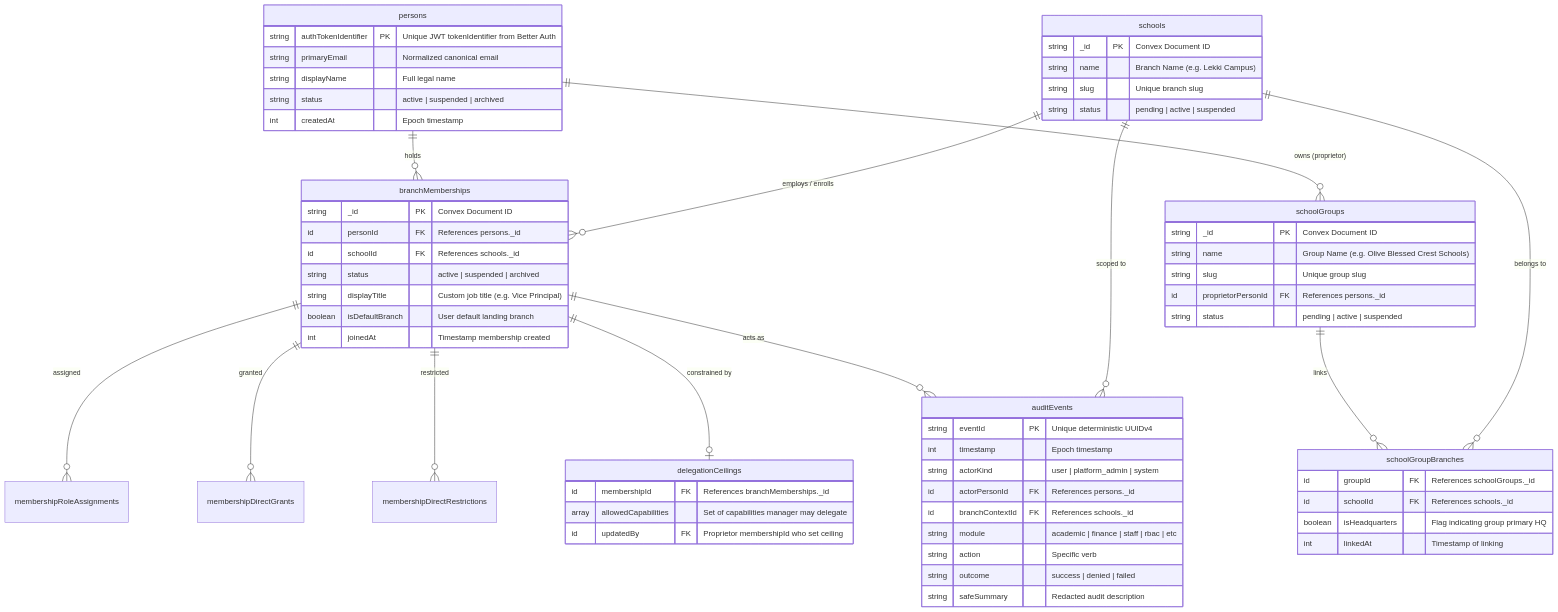
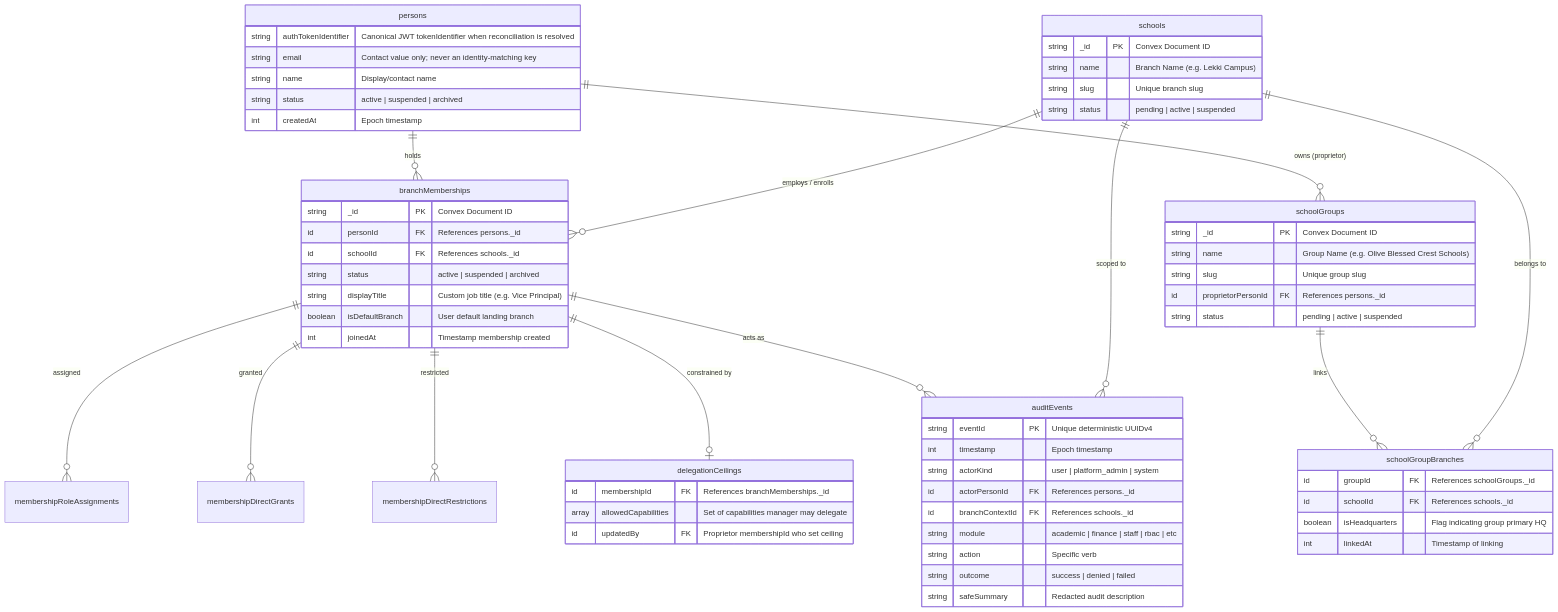
One commit to JStaRFilms/Melo_School_Management_System changed the first of 6 diagrams in docs/features/D02_IdentityGroupRBACAndAuditArchitecture.md. Above: the diagram before and after it, drawn with Mermaid. The commit also changed other lines of this file and 53 other files, not shown here.

````diff
--- a/docs/features/D02_IdentityGroupRBACAndAuditArchitecture.md
+++ b/docs/features/D02_IdentityGroupRBACAndAuditArchitecture.md
@@ -55,74 +55,74 @@
 ```mermaid
 erDiagram
     persons ||--o{ branchMemberships : "holds"
     persons ||--o{ schoolGroups : "owns (proprietor)"
     schoolGroups ||--o{ schoolGroupBranches : "links"
     schools ||--o{ schoolGroupBranches : "belongs to"
     schools ||--o{ branchMemberships : "employs / enrolls"
     
     branchMemberships ||--o{ membershipRoleAssignments : "assigned"
     branchMemberships ||--o{ membershipDirectGrants : "granted"
     branchMemberships ||--o{ membershipDirectRestrictions : "restricted"
     branchMemberships ||--o| delegationCeilings : "constrained by"
     
     branchMemberships ||--o{ auditEvents : "acts as"
     schools ||--o{ auditEvents : "scoped to"
 
     persons {
-        string authTokenIdentifier PK "Unique JWT tokenIdentifier from Better Auth"
-        string primaryEmail "Normalized canonical email"
-        string displayName "Full legal name"
+        string authTokenIdentifier "Canonical JWT tokenIdentifier when reconciliation is resolved"
+        string email "Contact value only; never an identity-matching key"
+        string name "Display/contact name"
         string status "active | suspended | archived"
         int createdAt "Epoch timestamp"
     }
 
     schools {
         string _id PK "Convex Document ID"
         string name "Branch Name (e.g. Lekki Campus)"
         string slug "Unique branch slug"
         string status "pending | active | suspended"
     }
 
     schoolGroups {
         string _id PK "Convex Document ID"
         string name "Group Name (e.g. Olive Blessed Crest Schools)"
         string slug "Unique group slug"
         id proprietorPersonId FK "References persons._id"
         string status "pending | active | suspended"
     }
 
     schoolGroupBranches {
         id groupId FK "References schoolGroups._id"
         id schoolId FK "References schools._id"
         boolean isHeadquarters "Flag indicating group primary HQ"
         int linkedAt "Timestamp of linking"
     }
 
     branchMemberships {
         string _id PK "Convex Document ID"
         id personId FK "References persons._id"
         id schoolId FK "References schools._id"
         string status "active | suspended | archived"
         string displayTitle "Custom job title (e.g. Vice Principal)"
         boolean isDefaultBranch "User default landing branch"
         int joinedAt "Timestamp membership created"
     }
 
     delegationCeilings {
         id membershipId FK "References branchMemberships._id"
         array allowedCapabilities "Set of capabilities manager may delegate"
         id updatedBy FK "Proprietor membershipId who set ceiling"
     }
 
     auditEvents {
         string eventId PK "Unique deterministic UUIDv4"
         int timestamp "Epoch timestamp"
         string actorKind "user | platform_admin | system"
         id actorPersonId FK "References persons._id"
         id branchContextId FK "References schools._id"
         string module "academic | finance | staff | rbac | etc"
         string action "Specific verb"
         string outcome "success | denied | failed"
         string safeSummary "Redacted audit description"
     }
 ```
````
